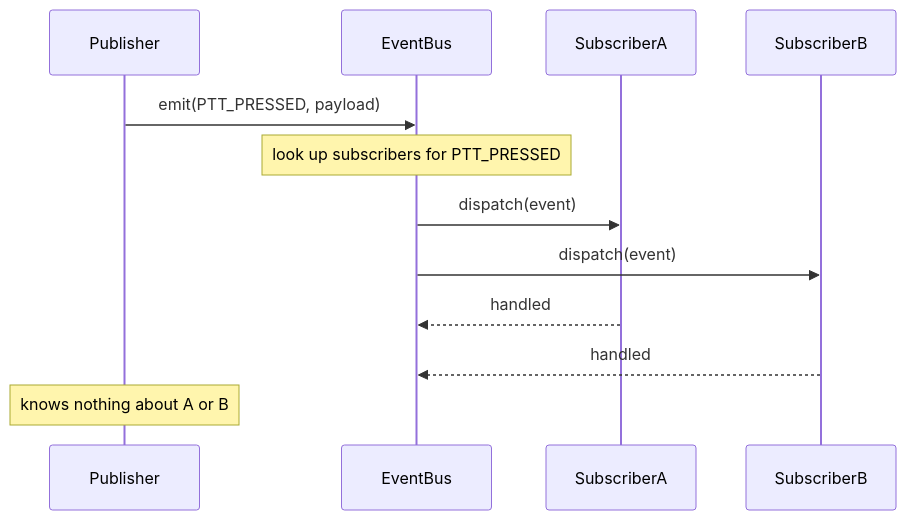
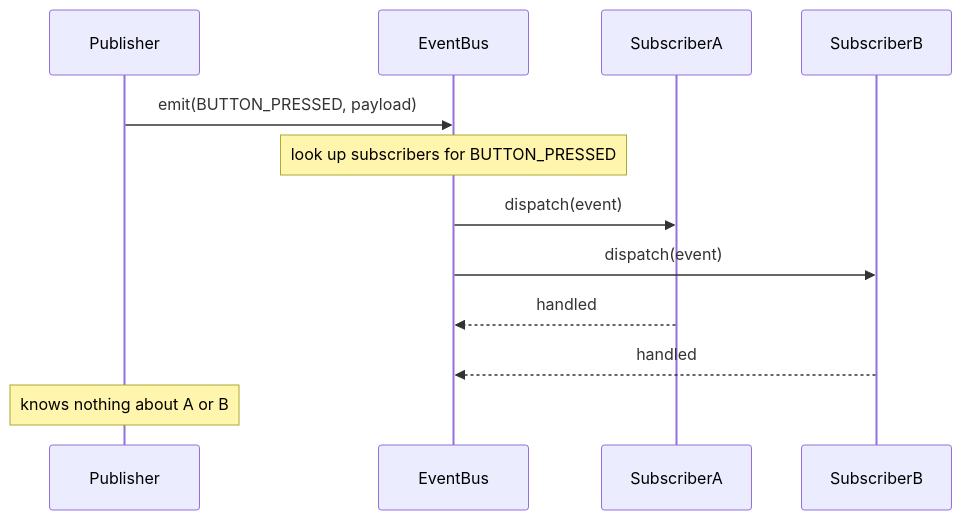
The second of 4 diagrams in 09_SoftwareArchitecture/ArchitecturalPatterns/03_EventDriven/README.md (Apisteftos/QtTutorialCpp), drawn with Mermaid before and after one commit. The commit also changed other lines of this file and 349 other files, not shown here.

````diff
--- a/09_SoftwareArchitecture/ArchitecturalPatterns/03_EventDriven/README.md
+++ b/09_SoftwareArchitecture/ArchitecturalPatterns/03_EventDriven/README.md
@@ -38,15 +38,15 @@
 ```mermaid
 sequenceDiagram
     participant Publisher
     participant EventBus
     participant SubscriberA
     participant SubscriberB
 
-    Publisher->>EventBus: emit(PTT_PRESSED, payload)
-    Note over EventBus: look up subscribers for PTT_PRESSED
+    Publisher->>EventBus: emit(BUTTON_PRESSED, payload)
+    Note over EventBus: look up subscribers for BUTTON_PRESSED
     EventBus->>SubscriberA: dispatch(event)
     EventBus->>SubscriberB: dispatch(event)
     SubscriberA-->>EventBus: handled
     SubscriberB-->>EventBus: handled
     Note over Publisher: knows nothing about A or B
 ```
````
